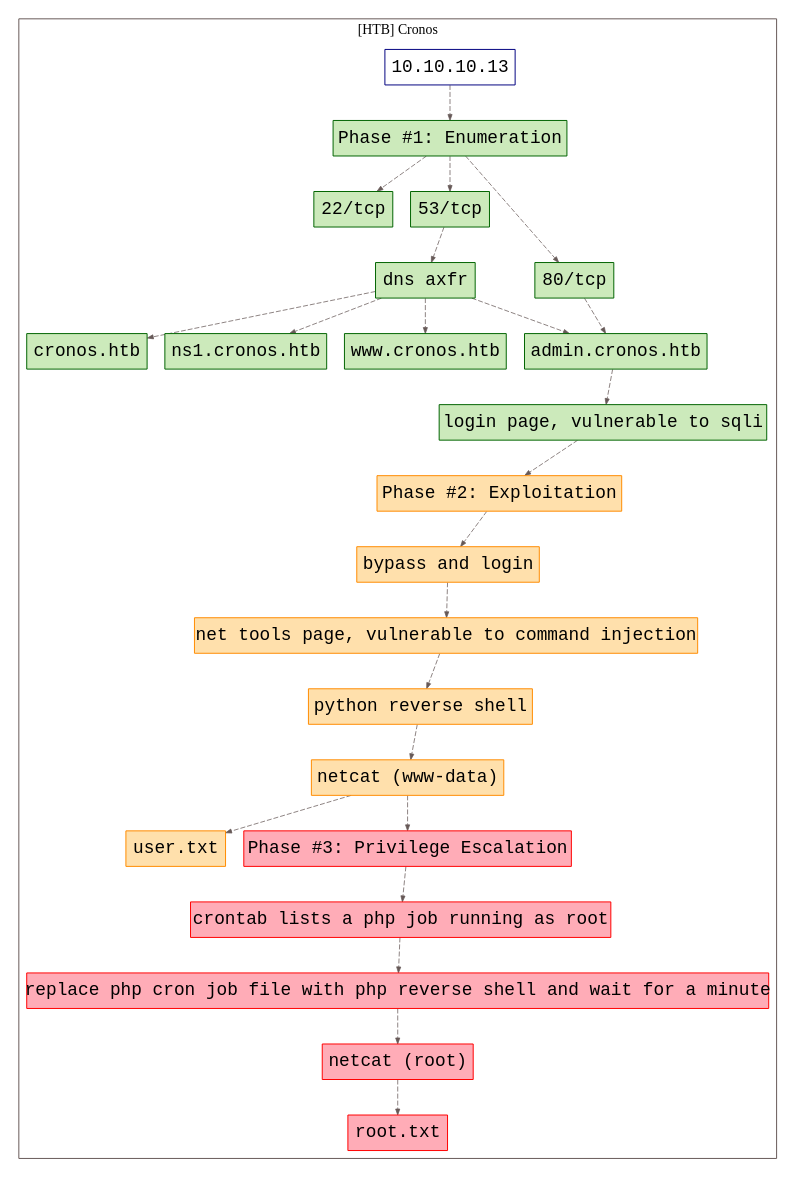
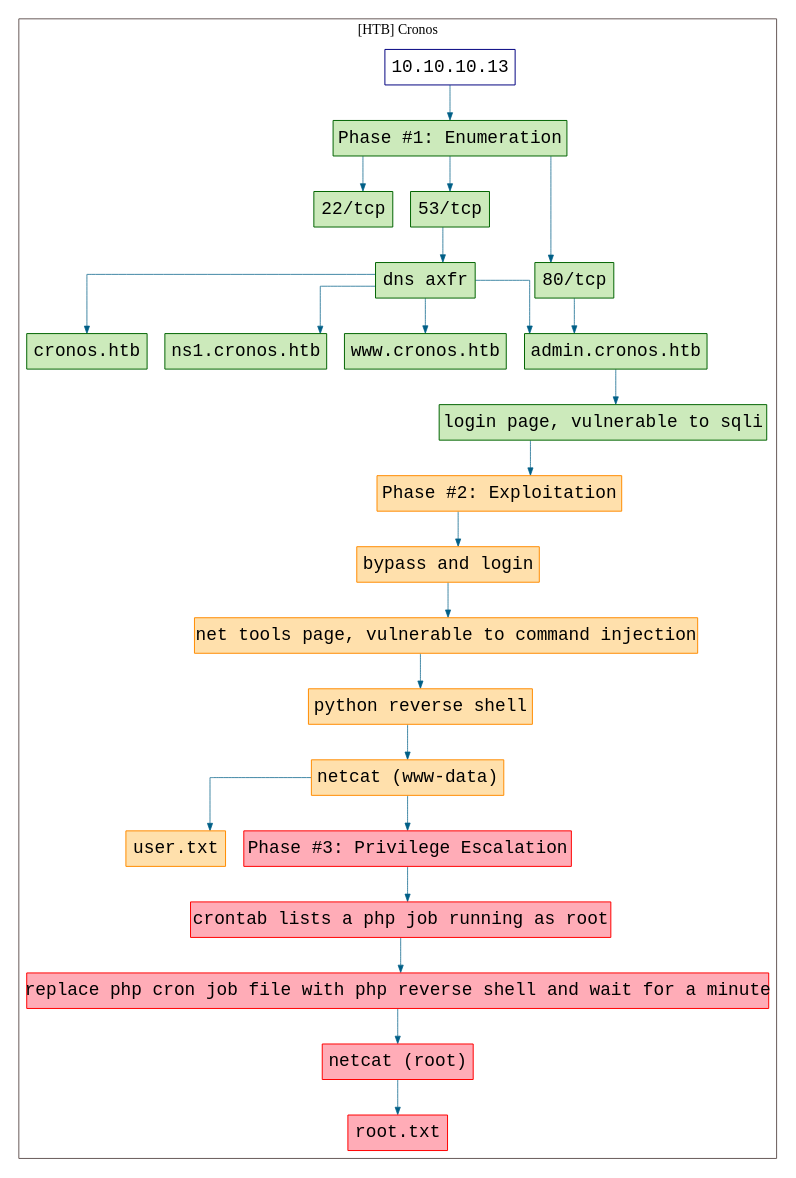
The diagram in htb.cronos/killchain.dot (7h3rAm/writeups), drawn with Graphviz before and after one commit. The commit also changed 112 other files, not shown here.

```diff
--- a/htb.cronos/killchain.dot
+++ b/htb.cronos/killchain.dot
@@ -1,57 +1,57 @@
 digraph G {
   #rankdir=LR;
-  nodesdictep=1.0; splines="line"; K=0.6; overlap=scale; fixedsize=true; resolution=72; bgcolor="#ffffff"; outputorder="edgesfirst";
+  nodesdictep=1.0; splines="ortho"; K=0.6; overlap=scale; fixedsize=true; resolution=72; bgcolor="#ffffff"; outputorder="edgesfirst";
   node [fontname="courier" fontsize=18 shape=box width=0.25 fillcolor="white" style="filled,solid"];
-  edge [style=dashed color="#665957" penwidth=0.75 arrowsize=0.6];
+  edge [style=solid color="#005f87" penwidth=0.75 arrowsize=0.75];
 
   0[label="10.10.10.13" color="navyblue" fillcolor="#ffffff" tooltip="[HTB] Cronos"];
   10[label="login page, vulnerable to sqli" color="darkgreen" fillcolor="#cceabb" tooltip="Phase #1:Enumeration"];
   11[label="Phase #2: Exploitation" color="darkorange" fillcolor="#ffe0ac" tooltip="Phase #2:Exploitation"];
   12[label="bypass and login" color="darkorange" fillcolor="#ffe0ac" tooltip="Phase #2:Exploitation"];
   13[label="net tools page, vulnerable to command injection" color="darkorange" fillcolor="#ffe0ac" tooltip="Phase #2:Exploitation"];
   14[label="python reverse shell" color="darkorange" fillcolor="#ffe0ac" tooltip="Phase #2:Exploitation"];
   15[label="netcat (www-data)" color="darkorange" fillcolor="#ffe0ac" tooltip="Phase #2:Exploitation"];
   16[label="user.txt" color="darkorange" fillcolor="#ffe0ac" tooltip="Phase #2:Exploitation"];
   17[label="Phase #3: Privilege Escalation" color="red" fillcolor="#ffacb7" tooltip="Phase #3:Privilege Escalation"];
   18[label="crontab lists a php job running as root" color="red" fillcolor="#ffacb7" tooltip="Phase #3:Privilege Escalation"];
   19[label="replace php cron job file with php reverse shell and wait for a minute" color="red" fillcolor="#ffacb7" tooltip="Phase #3:Privilege Escalation"];
   1[label="Phase #1: Enumeration" color="darkgreen" fillcolor="#cceabb" tooltip="Phase #1:Enumeration"];
   20[label="netcat (root)" color="red" fillcolor="#ffacb7" tooltip="Phase #3:Privilege Escalation"];
   21[label="root.txt" color="red" fillcolor="#ffacb7" tooltip="Phase #3:Privilege Escalation"];
   2[label="22/tcp" color="darkgreen" fillcolor="#cceabb" tooltip="Phase #1:Enumeration"];
   3[label="53/tcp" color="darkgreen" fillcolor="#cceabb" tooltip="Phase #1:Enumeration"];
   4[label="dns axfr" color="darkgreen" fillcolor="#cceabb" tooltip="Phase #1:Enumeration"];
   5[label="cronos.htb" color="darkgreen" fillcolor="#cceabb" tooltip="Phase #1:Enumeration"];
   6[label="admin.cronos.htb" color="darkgreen" fillcolor="#cceabb" tooltip="Phase #1:Enumeration"];
   7[label="ns1.cronos.htb" color="darkgreen" fillcolor="#cceabb" tooltip="Phase #1:Enumeration"];
   8[label="www.cronos.htb" color="darkgreen" fillcolor="#cceabb" tooltip="Phase #1:Enumeration"];
   9[label="80/tcp" color="darkgreen" fillcolor="#cceabb" tooltip="Phase #1:Enumeration"];
 
   subgraph cluster_0 {
     node [style="filled,solid"];
     label = "[HTB] Cronos";
     color = "#665957";
-    0 -> 1 [color="#665957"];
-    1 -> 2 [color="#665957"];
-    1 -> 3 [color="#665957"];
-    1 -> 9 [color="#665957"];
-    10 -> 11 [color="#665957"];
-    11 -> 12 [color="#665957"];
-    12 -> 13 [color="#665957"];
-    13 -> 14 [color="#665957"];
-    14 -> 15 [color="#665957"];
-    15 -> 16 [color="#665957"];
-    15 -> 17 [color="#665957"];
-    17 -> 18 [color="#665957"];
-    18 -> 19 [color="#665957"];
-    19 -> 20 [color="#665957"];
-    20 -> 21 [color="#665957"];
-    3 -> 4 [color="#665957"];
-    4 -> 5 [color="#665957"];
-    4 -> 6 [color="#665957"];
-    4 -> 7 [color="#665957"];
-    4 -> 8 [color="#665957"];
-    6 -> 10 [color="#665957"];
-    9 -> 6 [color="#665957"];
+    0 -> 1 [color="#005f87"];
+    1 -> 2 [color="#005f87"];
+    1 -> 3 [color="#005f87"];
+    1 -> 9 [color="#005f87"];
+    10 -> 11 [color="#005f87"];
+    11 -> 12 [color="#005f87"];
+    12 -> 13 [color="#005f87"];
+    13 -> 14 [color="#005f87"];
+    14 -> 15 [color="#005f87"];
+    15 -> 16 [color="#005f87"];
+    15 -> 17 [color="#005f87"];
+    17 -> 18 [color="#005f87"];
+    18 -> 19 [color="#005f87"];
+    19 -> 20 [color="#005f87"];
+    20 -> 21 [color="#005f87"];
+    3 -> 4 [color="#005f87"];
+    4 -> 5 [color="#005f87"];
+    4 -> 6 [color="#005f87"];
+    4 -> 7 [color="#005f87"];
+    4 -> 8 [color="#005f87"];
+    6 -> 10 [color="#005f87"];
+    9 -> 6 [color="#005f87"];
   }
 }
```
